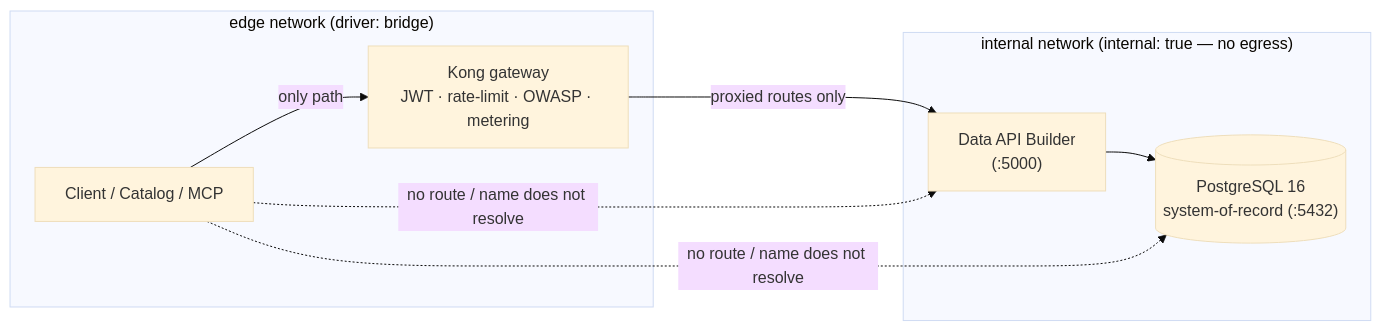
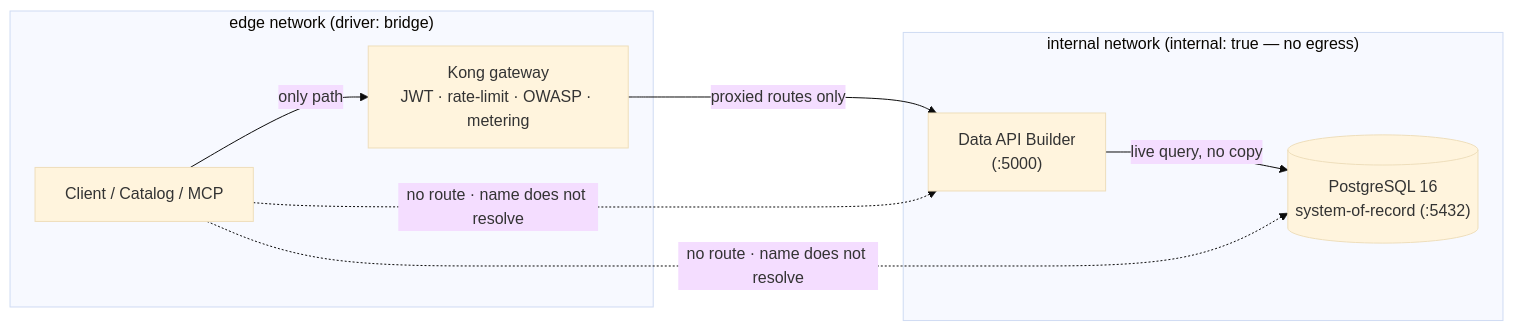
Before and after one commit to fgarofalo56/nasa-api-first-poc: the second of 2 diagrams in docs/ZERO-MOVE.md, drawn with Mermaid (base theme). The commit also changed other lines of this file and 40 other files, not shown here.

````diff
--- a/docs/ZERO-MOVE.md
+++ b/docs/ZERO-MOVE.md
@@ -62,17 +234,17 @@
 ```mermaid
 flowchart LR
   subgraph edge["edge network (driver: bridge)"]
     client["Client / Catalog / MCP"]
     kong["Kong gateway<br/>JWT · rate-limit · OWASP · metering"]
   end
   subgraph internal["internal network (internal: true — no egress)"]
     dab["Data API Builder<br/>(:5000)"]
     pg[("PostgreSQL 16<br/>system-of-record (:5432)")]
   end
 
   client -->|"only path"| kong
   kong -->|"proxied routes only"| dab
-  dab --> pg
-  client -.->|"no route / name does not resolve"| dab
-  client -.->|"no route / name does not resolve"| pg
+  dab -->|"live query, no copy"| pg
+  client -.->|"no route · name does not resolve"| dab
+  client -.->|"no route · name does not resolve"| pg
 ```
````
